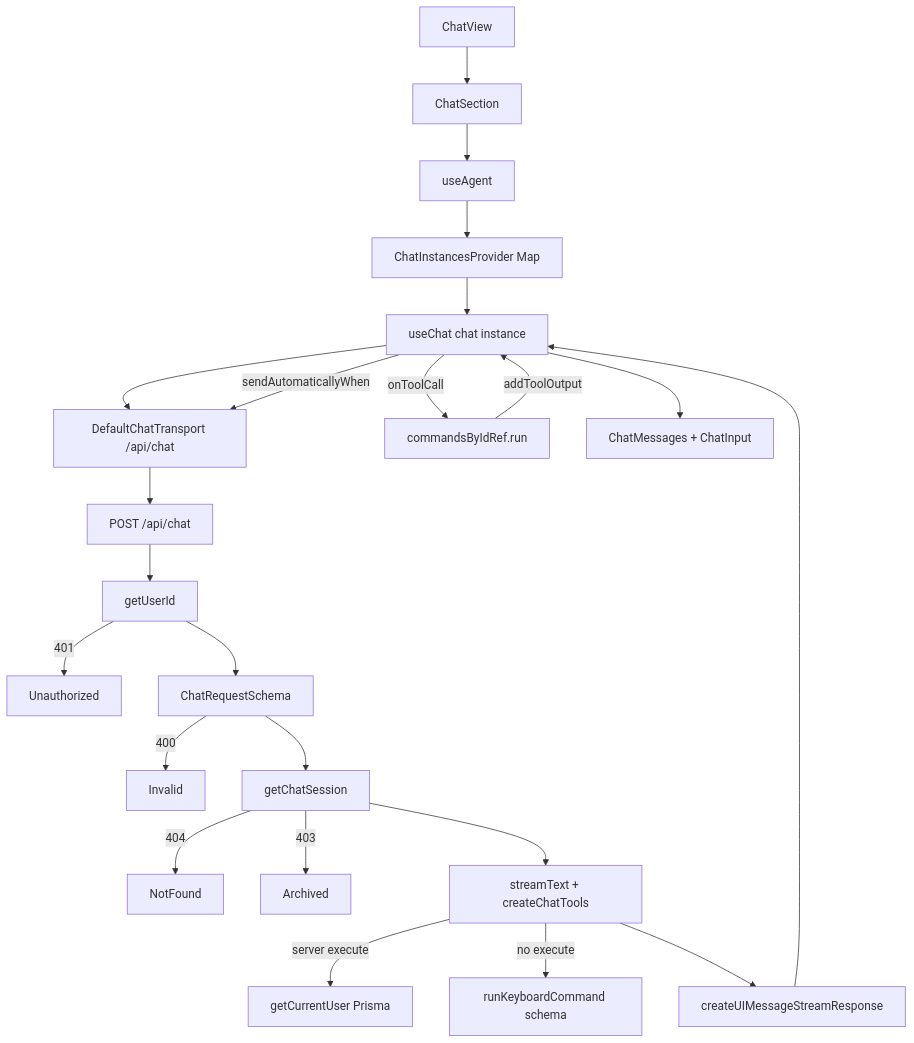
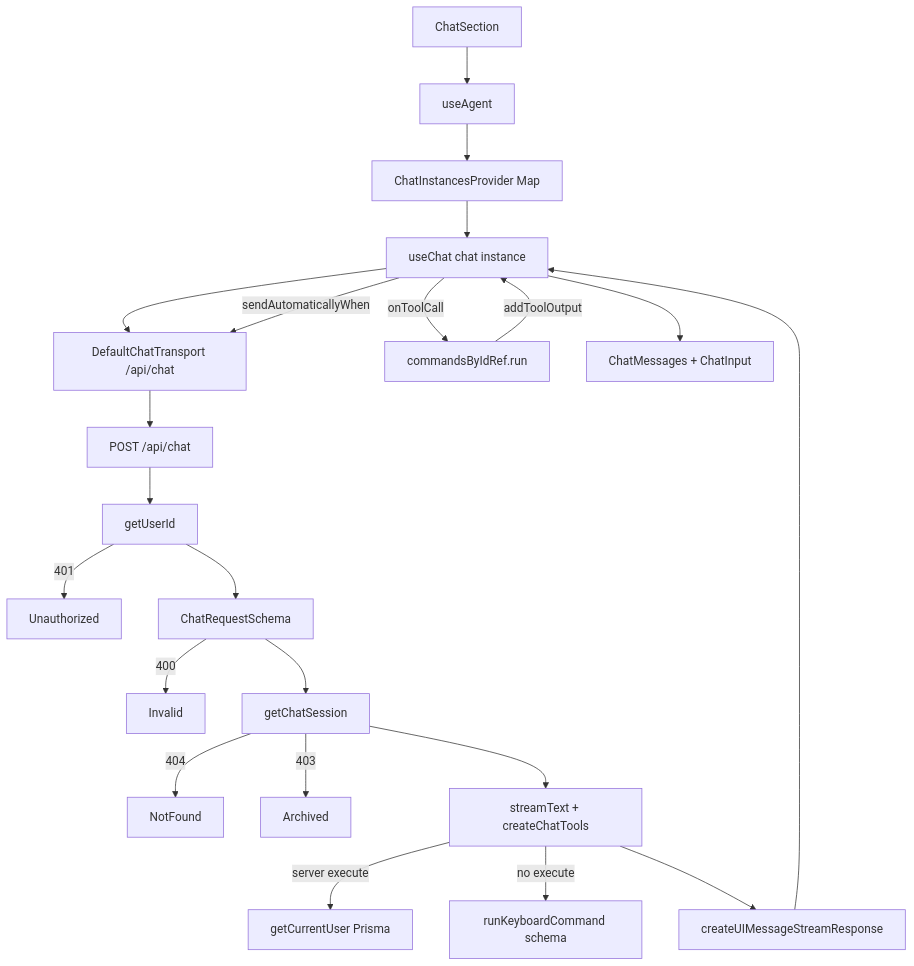
Before and after one commit to brandon-cercedo/root-next-template: the second of 4 diagrams in docs/chatbot.md, drawn with Mermaid. The commit also changed other lines of this file and 36 other files, not shown here.

````diff
--- a/docs/chatbot.md
+++ b/docs/chatbot.md
@@ -73,25 +87,24 @@
 ```mermaid
 flowchart TD
-  View["ChatView"] --> Section["ChatSection"]
-  Section --> Hook["useAgent"]
+  Section["ChatSection"] --> Hook["useAgent"]
   Hook --> Provider["ChatInstancesProvider Map"]
   Provider --> UseChat["useChat chat instance"]
   UseChat --> Transport["DefaultChatTransport /api/chat"]
   Transport --> Route["POST /api/chat"]
   Route --> Auth["getUserId"]
   Auth -->|401| Unauthorized
   Auth --> Parse["ChatRequestSchema"]
   Parse -->|400| Invalid
   Parse --> Owner["getChatSession"]
   Owner -->|404| NotFound
   Owner -->|403| Archived
   Owner --> Stream["streamText + createChatTools"]
   Stream -->|server execute| GetUser["getCurrentUser Prisma"]
   Stream -->|no execute| KbSchema["runKeyboardCommand schema"]
   Stream --> UI["createUIMessageStreamResponse"]
   UI --> UseChat
   UseChat -->|onToolCall| KbRun["commandsByIdRef.run"]
   KbRun -->|addToolOutput| UseChat
   UseChat -->|sendAutomaticallyWhen| Transport
   UseChat --> Messages["ChatMessages + ChatInput"]
 ```
````
